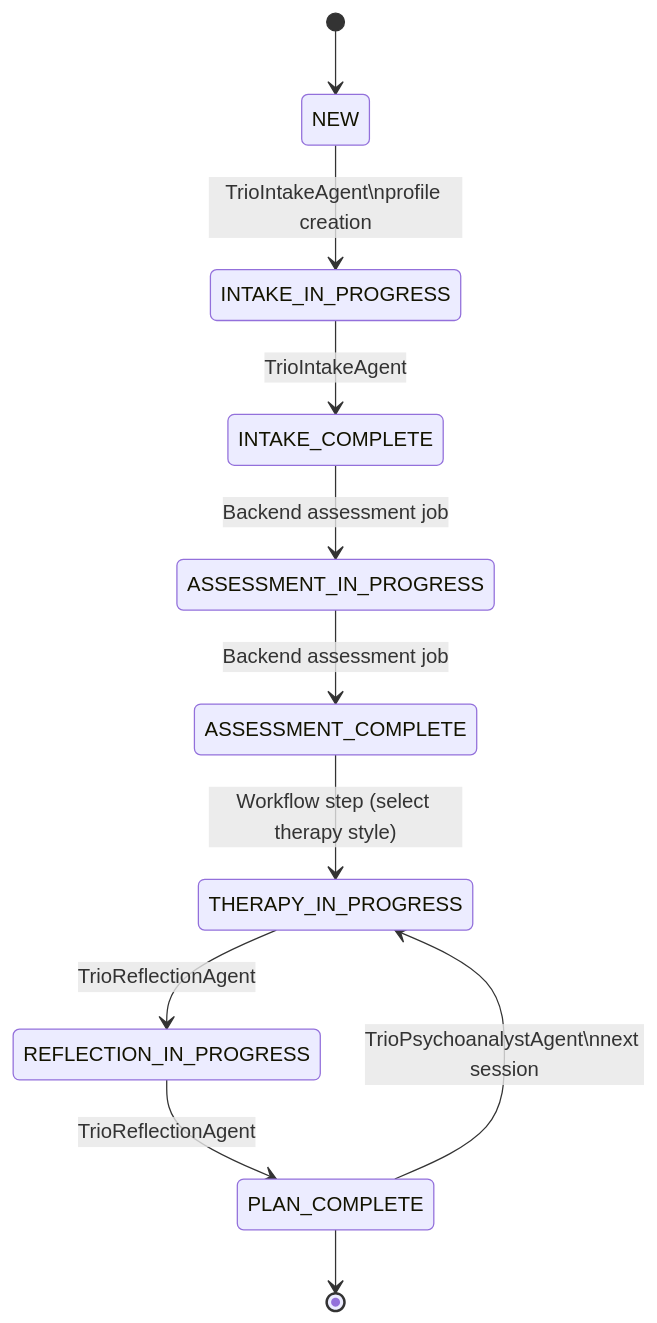
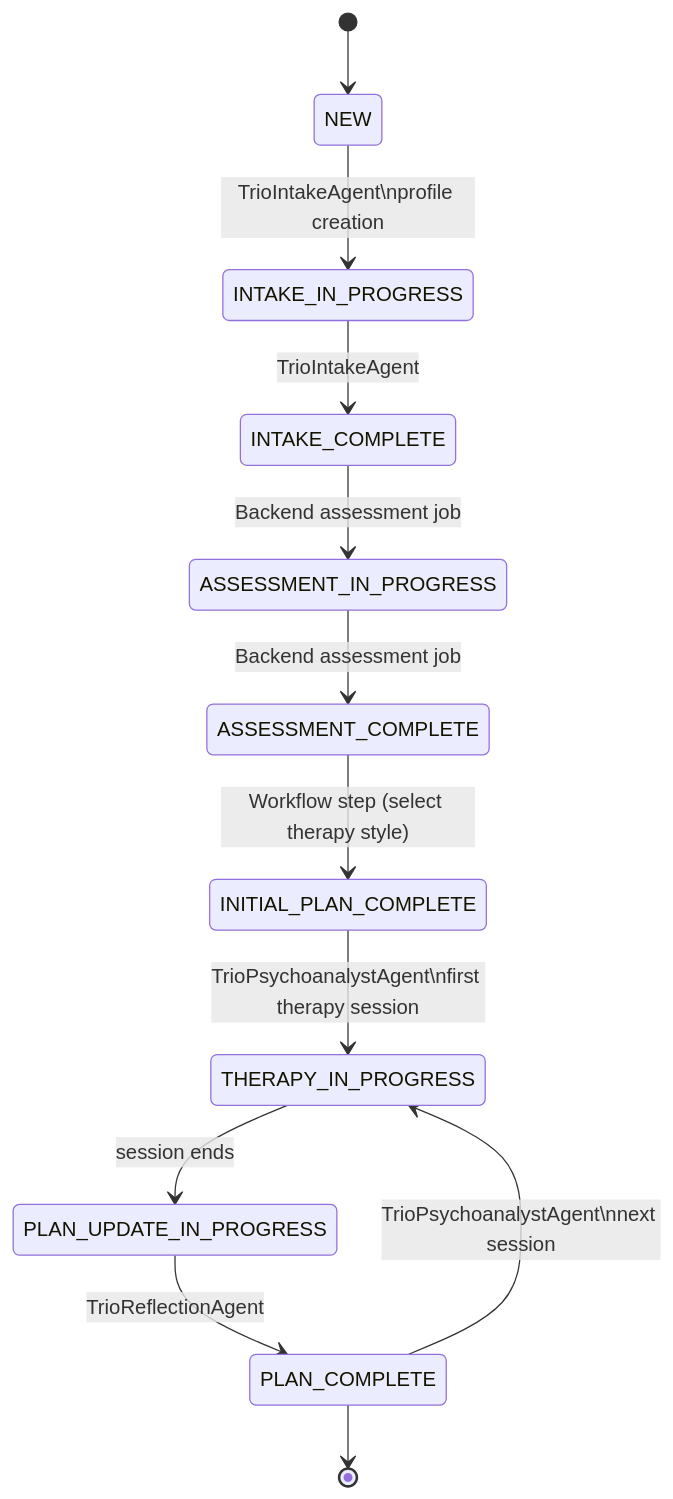
Before and after one commit to HagbardCel/llm_psychology: the first of 2 diagrams in docs/user_journey.md, drawn with Mermaid. The commit also changed other lines of this file and 25 other files, not shown here.

Commit message:
feat: split plan update workflow states

````diff
--- a/docs/user_journey.md
+++ b/docs/user_journey.md
@@ -15,13 +15,14 @@
 ```mermaid
 stateDiagram-v2
     [*] --> NEW
     NEW --> INTAKE_IN_PROGRESS: TrioIntakeAgent\nprofile creation
     INTAKE_IN_PROGRESS --> INTAKE_COMPLETE: TrioIntakeAgent
     INTAKE_COMPLETE --> ASSESSMENT_IN_PROGRESS: Backend assessment job
     ASSESSMENT_IN_PROGRESS --> ASSESSMENT_COMPLETE: Backend assessment job
-    ASSESSMENT_COMPLETE --> THERAPY_IN_PROGRESS: Workflow step (select therapy style)
-    THERAPY_IN_PROGRESS --> REFLECTION_IN_PROGRESS: TrioReflectionAgent
-    REFLECTION_IN_PROGRESS --> PLAN_COMPLETE: TrioReflectionAgent
+    ASSESSMENT_COMPLETE --> INITIAL_PLAN_COMPLETE: Workflow step (select therapy style)
+    INITIAL_PLAN_COMPLETE --> THERAPY_IN_PROGRESS: TrioPsychoanalystAgent\nfirst therapy session
+    THERAPY_IN_PROGRESS --> PLAN_UPDATE_IN_PROGRESS: session ends
+    PLAN_UPDATE_IN_PROGRESS --> PLAN_COMPLETE: TrioReflectionAgent
     PLAN_COMPLETE --> THERAPY_IN_PROGRESS: TrioPsychoanalystAgent\nnext session
     PLAN_COMPLETE --> [*]
 ```
````
